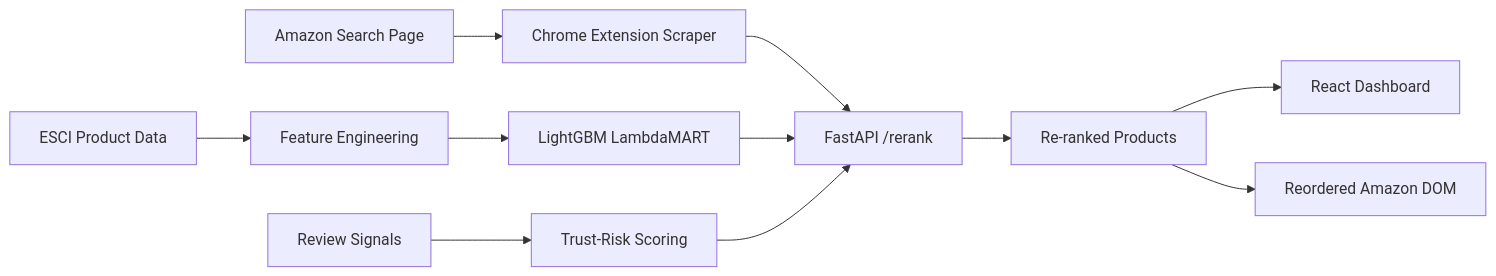
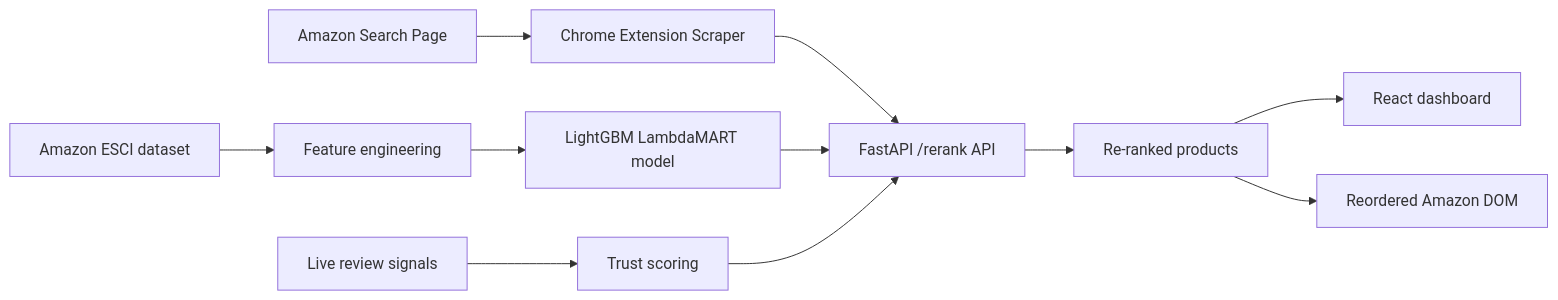
The diagram in README.md (AthulRm18/search-reranker), drawn with Mermaid before and after one commit. The commit also changed other lines of this file, not shown here.

````diff
--- a/README.md
+++ b/README.md
@@ -22,13 +23,13 @@
 ```mermaid
 flowchart LR
   A["Amazon Search Page"] --> B["Chrome Extension Scraper"]
-  B --> C["FastAPI /rerank"]
-  D["ESCI Product Data"] --> E["Feature Engineering"]
-  E --> F["LightGBM LambdaMART"]
+  B --> C["FastAPI /rerank API"]
+  D["Amazon ESCI dataset"] --> E["Feature engineering"]
+  E --> F["LightGBM LambdaMART model"]
   F --> C
-  G["Review Signals"] --> H["Trust-Risk Scoring"]
+  G["Live review signals"] --> H["Trust scoring"]
   H --> C
-  C --> I["Re-ranked Products"]
-  I --> J["React Dashboard"]
+  C --> I["Re-ranked products"]
+  I --> J["React dashboard"]
   I --> K["Reordered Amazon DOM"]
 ```
````
